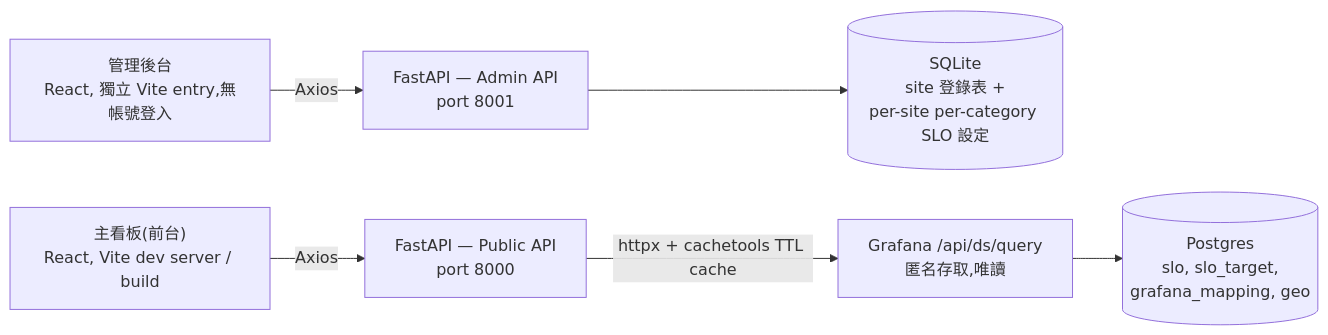
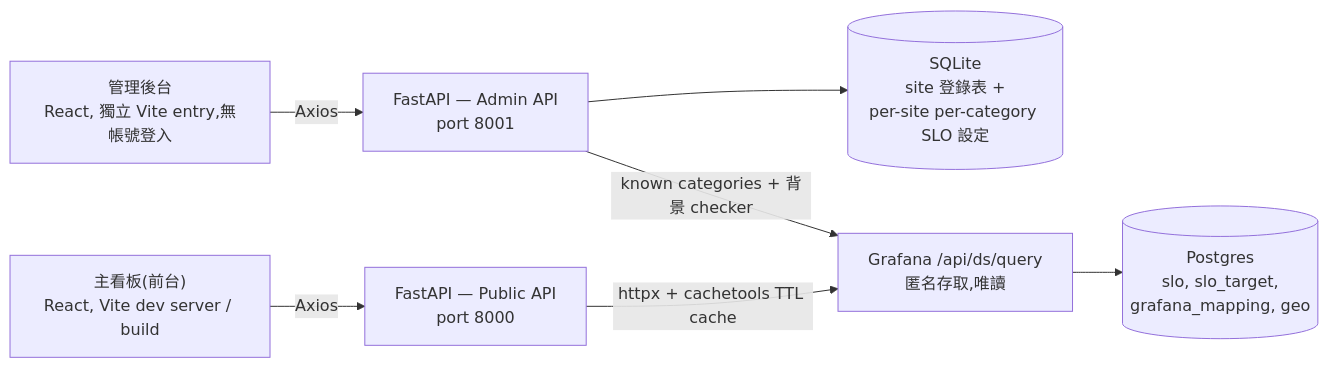
The diagram in README.md (taiynlee/wwsre-dashboard), drawn with Mermaid before and after one commit.

Commit message:
README: add the missing AdminAPI -> Grafana edge to the architecture diagram
Admin already queried Grafana for known-category suggestions before this
session's checker feature; the diagram never reflected that, and it's
even more clearly incomplete now that the background checker also queries
Grafana from the same process.

````diff
--- a/README.md
+++ b/README.md
@@ -17,16 +17,17 @@
 ```mermaid
 flowchart LR
     Public["主看板(前台)<br/>React, Vite dev server / build"]
     Admin["管理後台<br/>React, 獨立 Vite entry,無帳號登入"]
     PublicAPI["FastAPI — Public API<br/>port 8000"]
     AdminAPI["FastAPI — Admin API<br/>port 8001"]
     SQLite[("SQLite<br/>site 登錄表 +<br/>per-site per-category SLO 設定")]
     Grafana["Grafana /api/ds/query<br/>匿名存取,唯讀"]
     Postgres[("Postgres<br/>slo, slo_target,<br/>grafana_mapping, geo")]
 
     Public -- Axios --> PublicAPI
     Admin -- Axios --> AdminAPI
     PublicAPI -- "httpx + cachetools TTL cache" --> Grafana
     AdminAPI --> SQLite
+    AdminAPI -- "known categories + 背景 checker" --> Grafana
     Grafana --> Postgres
 ```
````
